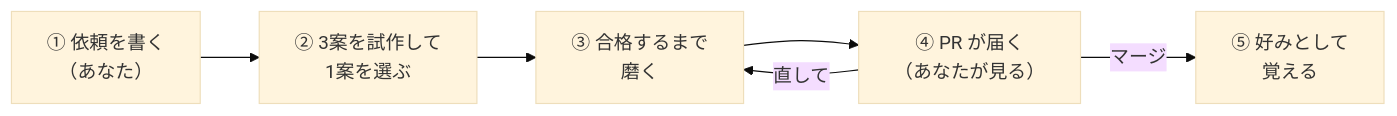
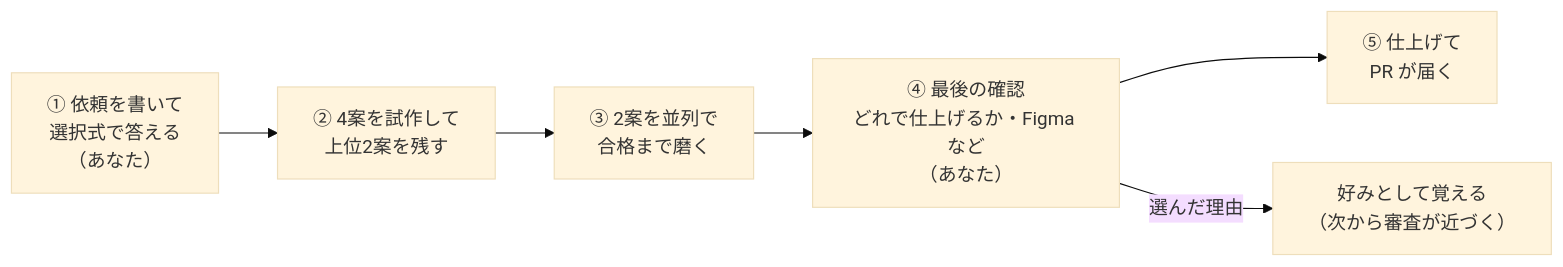
Before and after one commit to monkeikawashima/tanren: the first of 3 diagrams in README.md, drawn with Mermaid (base theme). The commit also changed other lines of this file and 17 other files, not shown here.

````diff
--- a/README.md
+++ b/README.md
@@ -21,8 +21,8 @@
 ```mermaid
 flowchart LR
-    A["① 依頼を書く<br>（あなた）"] --> B["② 3案を試作して<br>1案を選ぶ"]
-    B --> C["③ 合格するまで<br>磨く"]
-    C --> D["④ PR が届く<br>（あなたが見る）"]
-    D -- "直して" --> C
-    D -- "マージ" --> E["⑤ 好みとして<br>覚える"]
+    A["① 依頼を書いて<br>選択式で答える<br>（あなた）"] --> B["② 4案を試作して<br>上位2案を残す"]
+    B --> C["③ 2案を並列で<br>合格まで磨く"]
+    C --> D["④ 最後の確認<br>どれで仕上げるか・Figma など<br>（あなた）"]
+    D --> F["⑤ 仕上げて<br>PR が届く"]
+    D -- "選んだ理由" --> E["好みとして覚える<br>（次から審査が近づく）"]
 ```
````
